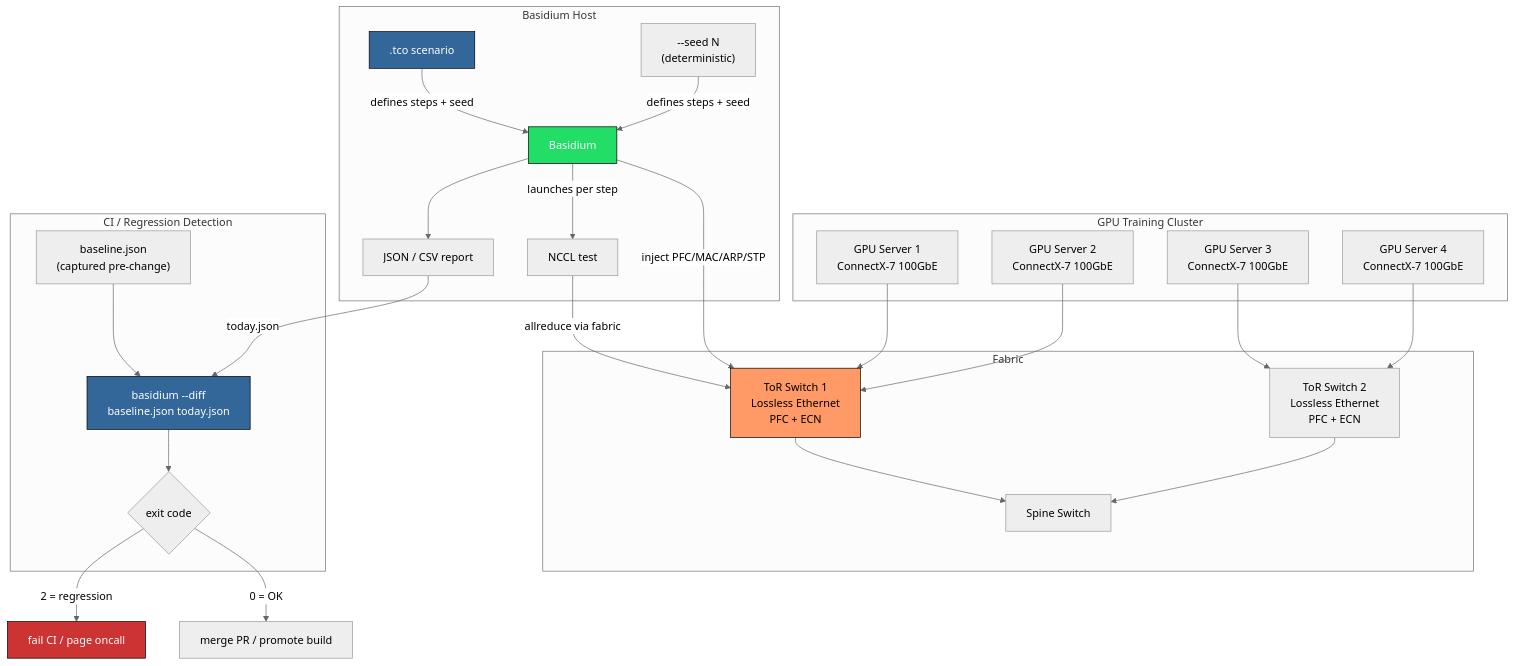
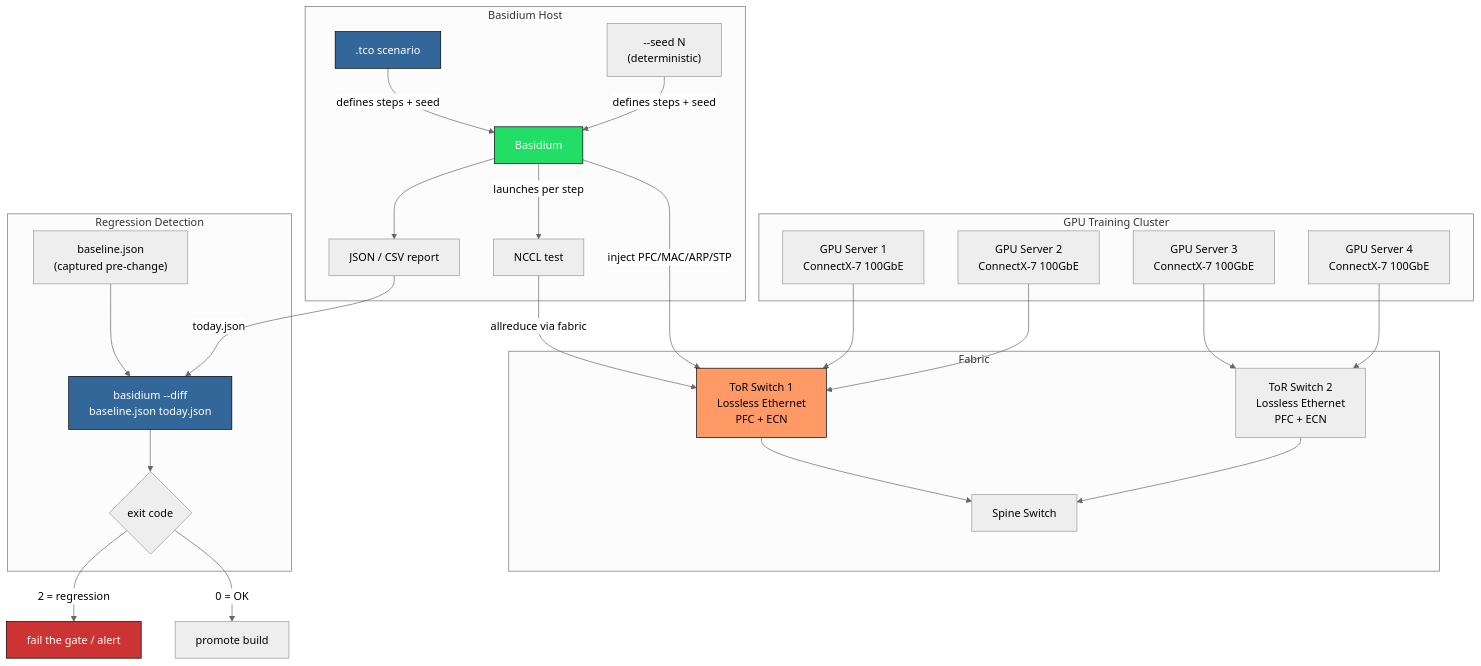
One commit to mstits/Basidium changed the sixth of 10 diagrams in README.md. Above: the diagram before and after it, drawn with Mermaid (neutral theme). The commit also changed other lines of this file and 3 other files, not shown here.

````diff
--- a/README.md
+++ b/README.md
@@ -199,50 +199,50 @@
 ```mermaid
 graph TB
     subgraph "GPU Training Cluster"
         GPU1["GPU Server 1<br/>ConnectX-7 100GbE"]
         GPU2["GPU Server 2<br/>ConnectX-7 100GbE"]
         GPU3["GPU Server 3<br/>ConnectX-7 100GbE"]
         GPU4["GPU Server 4<br/>ConnectX-7 100GbE"]
     end
 
     subgraph "Fabric"
         TOR1["ToR Switch 1<br/>Lossless Ethernet<br/>PFC + ECN"]
         TOR2["ToR Switch 2<br/>Lossless Ethernet<br/>PFC + ECN"]
         SPINE["Spine Switch"]
     end
 
     GPU1 & GPU2 --> TOR1
     GPU3 & GPU4 --> TOR2
     TOR1 & TOR2 --> SPINE
 
     subgraph "Basidium Host"
         B["Basidium"]
         TCO_F[".tco scenario"]
         SEED["--seed N<br/>(deterministic)"]
         NCCL_T["NCCL test"]
         REPORT_F["JSON / CSV report"]
     end
 
-    subgraph "CI / Regression Detection"
+    subgraph "Regression Detection"
         BASE["baseline.json<br/>(captured pre-change)"]
         DIFF["basidium --diff<br/>baseline.json today.json"]
         VERDICT{"exit code"}
     end
 
     TCO_F & SEED --> |"defines steps + seed"| B
     B --> |"inject PFC/MAC/ARP/STP"| TOR1
     B --> |"launches per step"| NCCL_T
     NCCL_T --> |"allreduce via fabric"| TOR1
     B --> REPORT_F
     BASE --> DIFF
     REPORT_F --> |"today.json"| DIFF
     DIFF --> VERDICT
-    VERDICT --> |"0 = OK"| OK["merge PR / promote build"]
-    VERDICT --> |"2 = regression"| FAIL["fail CI / page oncall"]
+    VERDICT --> |"0 = OK"| OK["promote build"]
+    VERDICT --> |"2 = regression"| FAIL["fail the gate / alert"]
 
     style B fill:#2d6,stroke:#000,color:#fff
     style TOR1 fill:#f96,stroke:#000
     style TCO_F fill:#369,stroke:#000,color:#fff
     style DIFF fill:#369,stroke:#000,color:#fff
     style FAIL fill:#c33,stroke:#000,color:#fff
 ```
````
